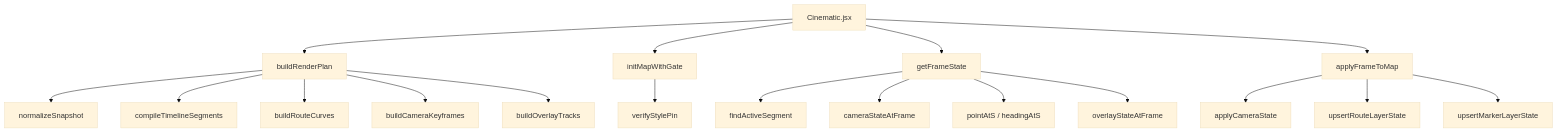
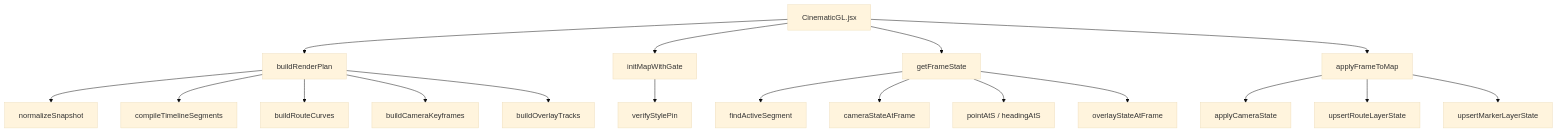
One commit to spurbey/Dora changed the sixth of 6 diagrams in video-renderer/docs/cinematic-gl-runtime-architecture.md. Above: the diagram before and after it, drawn with Mermaid (base theme). The commit also changed other lines of this file and 12 other files, not shown here.

````diff
--- a/video-renderer/docs/cinematic-gl-runtime-architecture.md
+++ b/video-renderer/docs/cinematic-gl-runtime-architecture.md
@@ -527,20 +542,20 @@
 ```mermaid
 flowchart TD
-  A[Cinematic.jsx] --> B[buildRenderPlan]
+  A[CinematicGL.jsx] --> B[buildRenderPlan]
   B --> C[normalizeSnapshot]
   B --> D[compileTimelineSegments]
   B --> E[buildRouteCurves]
   B --> F[buildCameraKeyframes]
   B --> G[buildOverlayTracks]
   A --> H[initMapWithGate]
   A --> I[getFrameState]
   I --> J[findActiveSegment]
   I --> K[cameraStateAtFrame]
   I --> L[pointAtS / headingAtS]
   I --> M[overlayStateAtFrame]
   A --> N[applyFrameToMap]
   N --> O[applyCameraState]
   N --> P[upsertRouteLayerState]
   N --> Q[upsertMarkerLayerState]
   H --> R[verifyStylePin]
 ```
````
